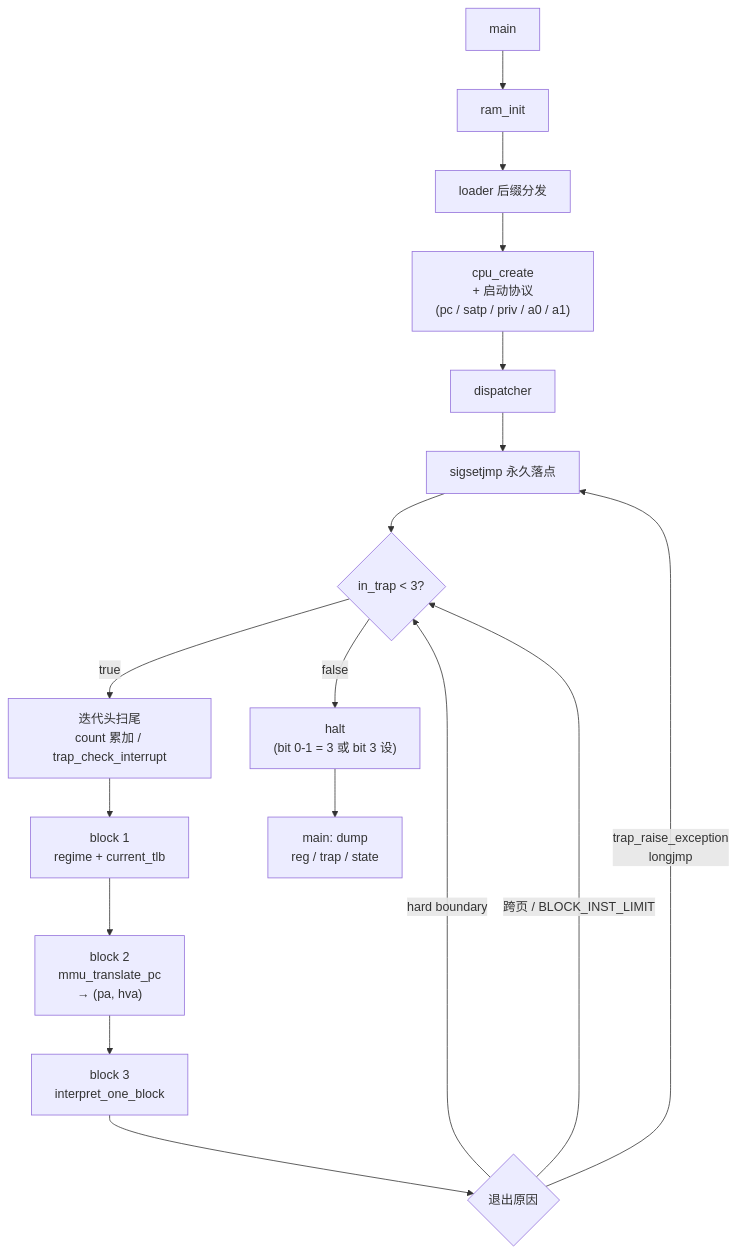
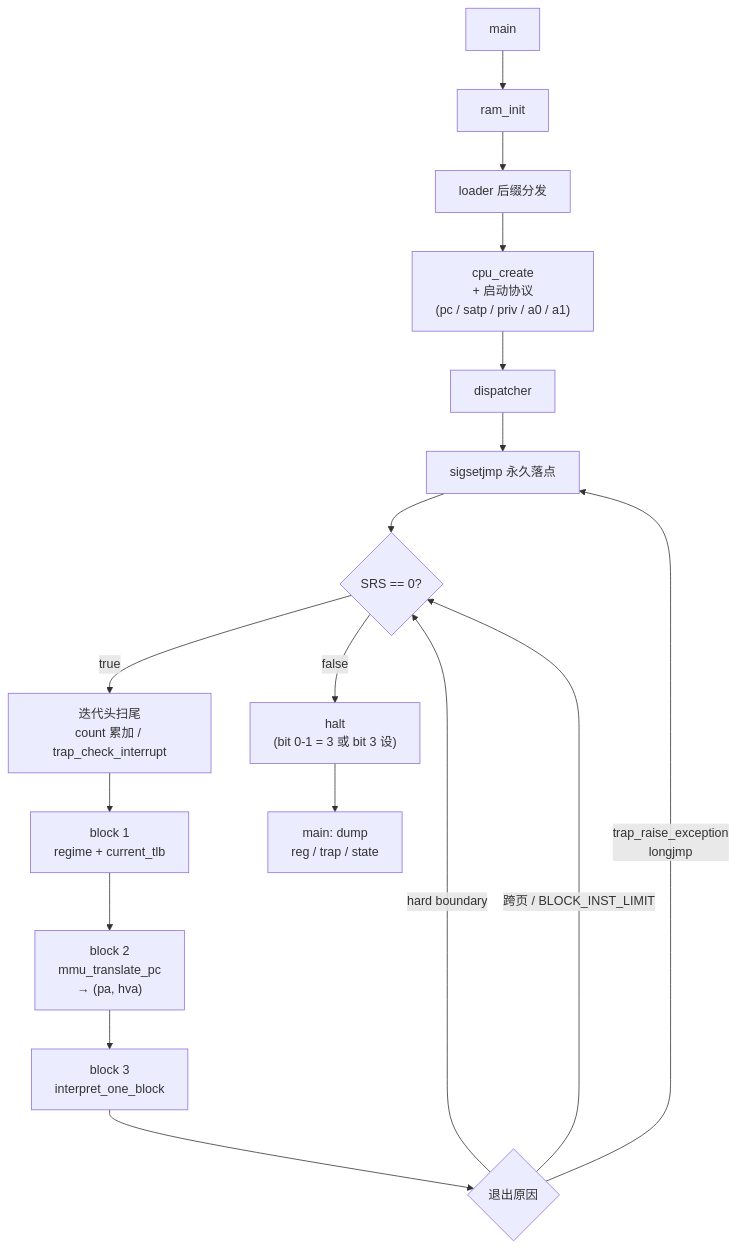
Before and after one commit to LiuJiLan/riscv-jit-emulator: the third of 5 diagrams in README.md, drawn with Mermaid. The commit also changed other lines of this file and 21 other files, not shown here.

````diff
--- a/README.md
+++ b/README.md
@@ -195,19 +206,19 @@
 ```mermaid
 graph TD
     Main[main] --> Ram[ram_init]
     Ram --> Loader[loader 后缀分发]
     Loader --> Cpu["cpu_create<br/>+ 启动协议<br/>(pc / satp / priv / a0 / a1)"]
     Cpu --> Disp[dispatcher]
     Disp --> Sj[sigsetjmp 永久落点]
-    Sj --> Wh{"in_trap < 3?"}
+    Sj --> Wh{"SRS == 0?"}
     Wh -->|true| Hd["迭代头扫尾<br/>count 累加 / trap_check_interrupt"]
     Hd --> B1["block 1<br/>regime + current_tlb"]
     B1 --> B2["block 2<br/>mmu_translate_pc<br/>→ (pa, hva)"]
     B2 --> B3["block 3<br/>interpret_one_block"]
     B3 --> Ek{退出原因}
     Ek -->|hard boundary| Wh
     Ek -->|跨页 / BLOCK_INST_LIMIT| Wh
     Ek -->|trap_raise_exception<br/>longjmp| Sj
     Wh -->|false| Halt["halt<br/>(bit 0-1 = 3 或 bit 3 设)"]
     Halt --> Dump["main: dump<br/>reg / trap / state"]
 ```
````
